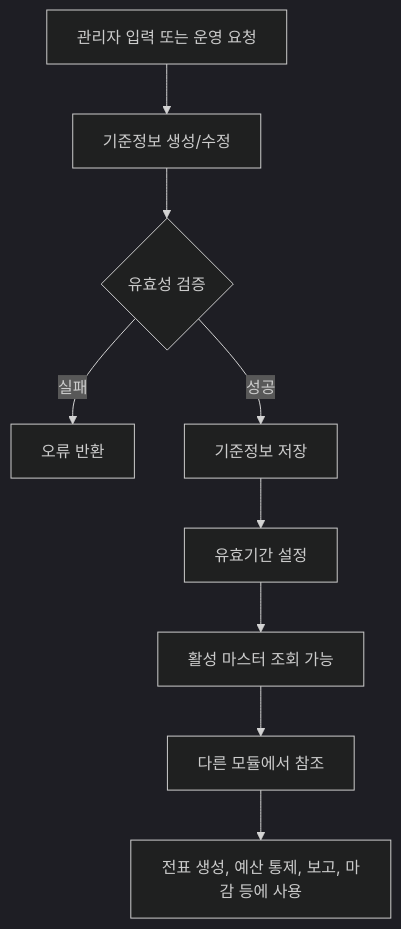
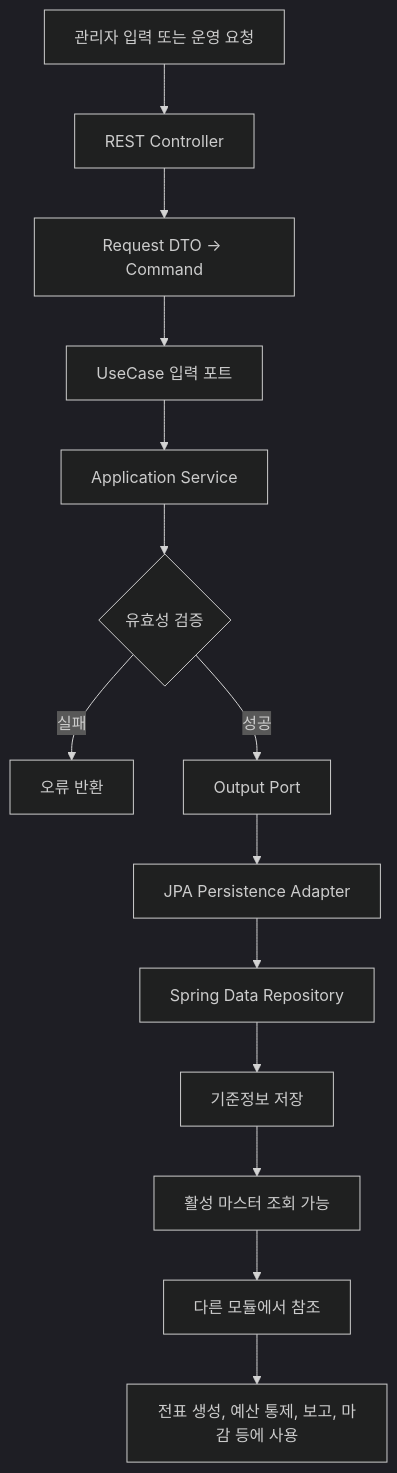
The first of 3 diagrams in master-data/docs/process-flow.md (skyg547/account), drawn with Mermaid (dark theme) before and after one commit. The commit also changed other lines of this file and 56 other files, not shown here.

````diff
--- a/master-data/docs/process-flow.md
+++ b/master-data/docs/process-flow.md
@@ -17,11 +17,16 @@
 ```mermaid
 flowchart TD
-    A[관리자 입력 또는 운영 요청] --> B[기준정보 생성/수정]
-    B --> C{유효성 검증}
-    C -->|실패| X[오류 반환]
-    C -->|성공| D[기준정보 저장]
-    D --> E[유효기간 설정]
-    E --> F[활성 마스터 조회 가능]
-    F --> G[다른 모듈에서 참조]
-    G --> H[전표 생성, 예산 통제, 보고, 마감 등에 사용]
+    A[관리자 입력 또는 운영 요청] --> B[REST Controller]
+    B --> C[Request DTO -> Command]
+    C --> D[UseCase 입력 포트]
+    D --> E[Application Service]
+    E --> F{유효성 검증}
+    F -->|실패| X[오류 반환]
+    F -->|성공| G[Output Port]
+    G --> H[JPA Persistence Adapter]
+    H --> I[Spring Data Repository]
+    I --> J[기준정보 저장]
+    J --> K[활성 마스터 조회 가능]
+    K --> L[다른 모듈에서 참조]
+    L --> M[전표 생성, 예산 통제, 보고, 마감 등에 사용]
 ```
````
